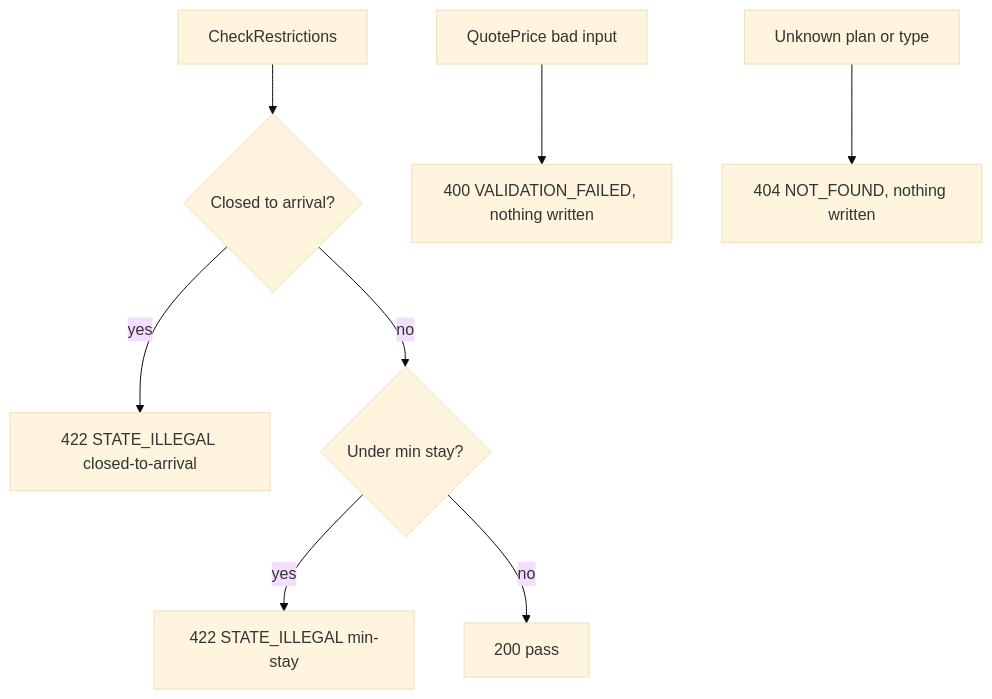
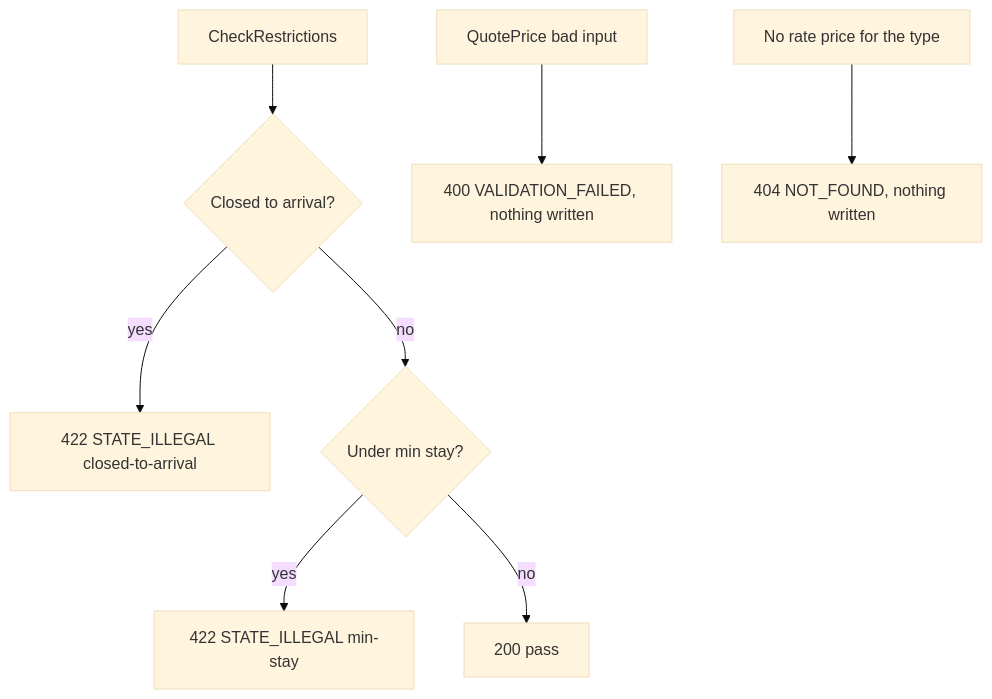
The second of 2 diagrams in docs/architecture/services/rates.md (MingChen1501/hotel-mgmt), drawn with Mermaid (base theme) before and after one commit. The commit also changed other lines of this file and 35 other files, not shown here.

First line of the commit message:
fix(book): Name the missing rate price in the booking refusal (#603)

````diff
--- a/docs/architecture/services/rates.md
+++ b/docs/architecture/services/rates.md
@@ -51,10 +53,10 @@
 ```mermaid
 flowchart TD
     R[CheckRestrictions] --> CA{Closed to arrival?}
     CA -->|yes| S422a[422 STATE_ILLEGAL closed-to-arrival]
     CA -->|no| MS{Under min stay?}
     MS -->|yes| S422b[422 STATE_ILLEGAL min-stay]
     MS -->|no| OK[200 pass]
     Q[QuotePrice bad input] --> R400[400 VALIDATION_FAILED, nothing written]
-    U[Unknown plan or type] --> R404[404 NOT_FOUND, nothing written]
+    U[No rate price for the type] --> R404[404 NOT_FOUND, nothing written]
 ```
````
